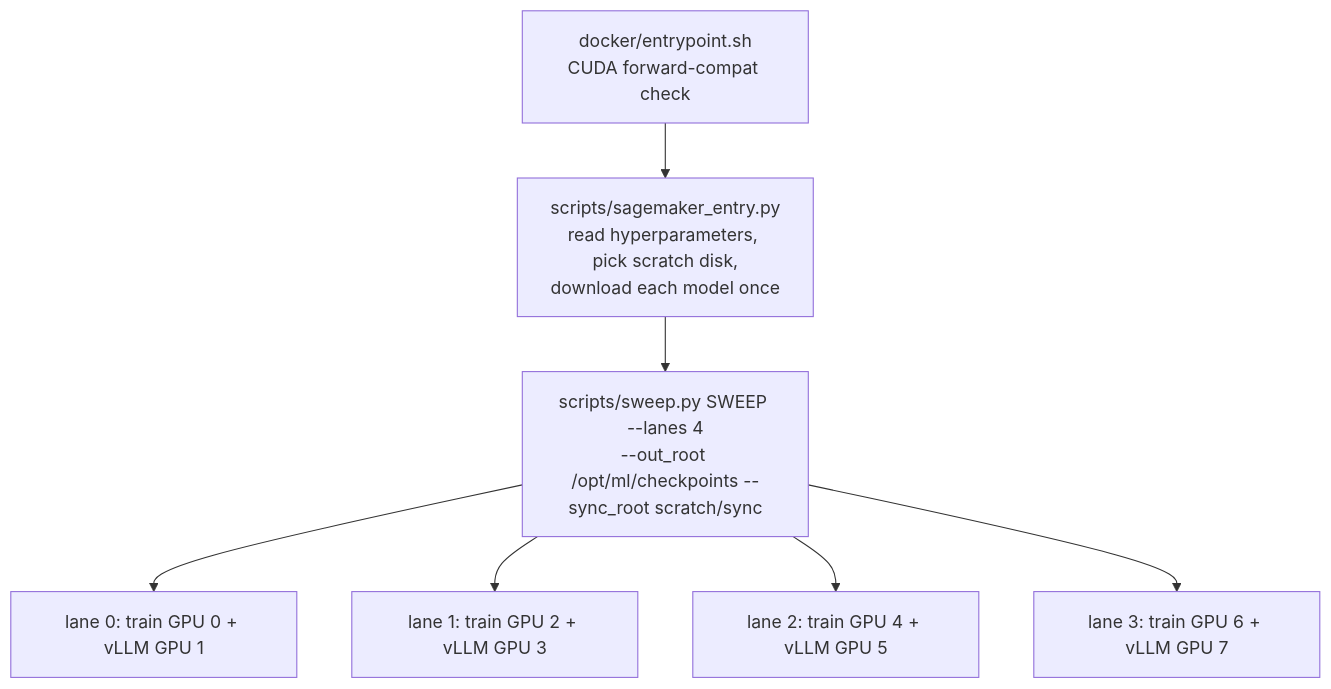
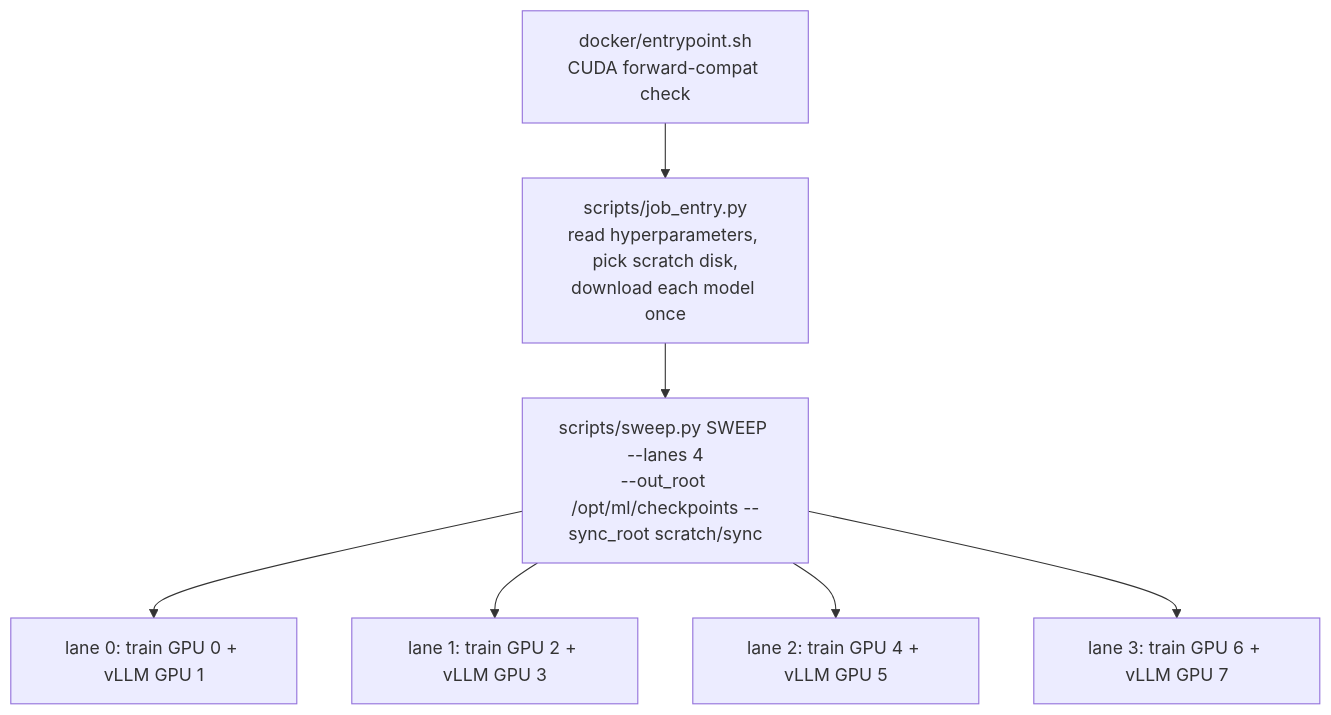
One commit to jesbu1/vlm-rl changed the second of 2 diagrams in docs/training/sagemaker.md. Above: the diagram before and after it, drawn with Mermaid. The commit also changed 17 other files, not shown here.

Commit message:
AWS Batch (ECS) GPU jobs: batch_submit.py (array job, one machine per shard, job definition per image), job_entry.py (SageMaker or VLMRL_* env, array shard, S3 sync + restore), sweep --shard/--only; FFT presets for Qwen3-VL-2B, SmolVLM2-2.2B, MiniCPM-V 4.6; exact tied-weight saving for fp32 masters

````diff
--- a/docs/training/sagemaker.md
+++ b/docs/training/sagemaker.md
@@ -26,9 +26,9 @@
 ```mermaid
 flowchart TB
-  E["docker/entrypoint.sh<br/>CUDA forward-compat check"] --> P["scripts/sagemaker_entry.py<br/>read hyperparameters, pick scratch disk,<br/>download each model once"]
+  E["docker/entrypoint.sh<br/>CUDA forward-compat check"] --> P["scripts/job_entry.py<br/>read hyperparameters, pick scratch disk,<br/>download each model once"]
   P --> SW["scripts/sweep.py SWEEP --lanes 4<br/>--out_root /opt/ml/checkpoints --sync_root scratch/sync"]
   SW --> L0["lane 0: train GPU 0 + vLLM GPU 1"]
   SW --> L1["lane 1: train GPU 2 + vLLM GPU 3"]
   SW --> L2["lane 2: train GPU 4 + vLLM GPU 5"]
   SW --> L3["lane 3: train GPU 6 + vLLM GPU 7"]
 ```
````
